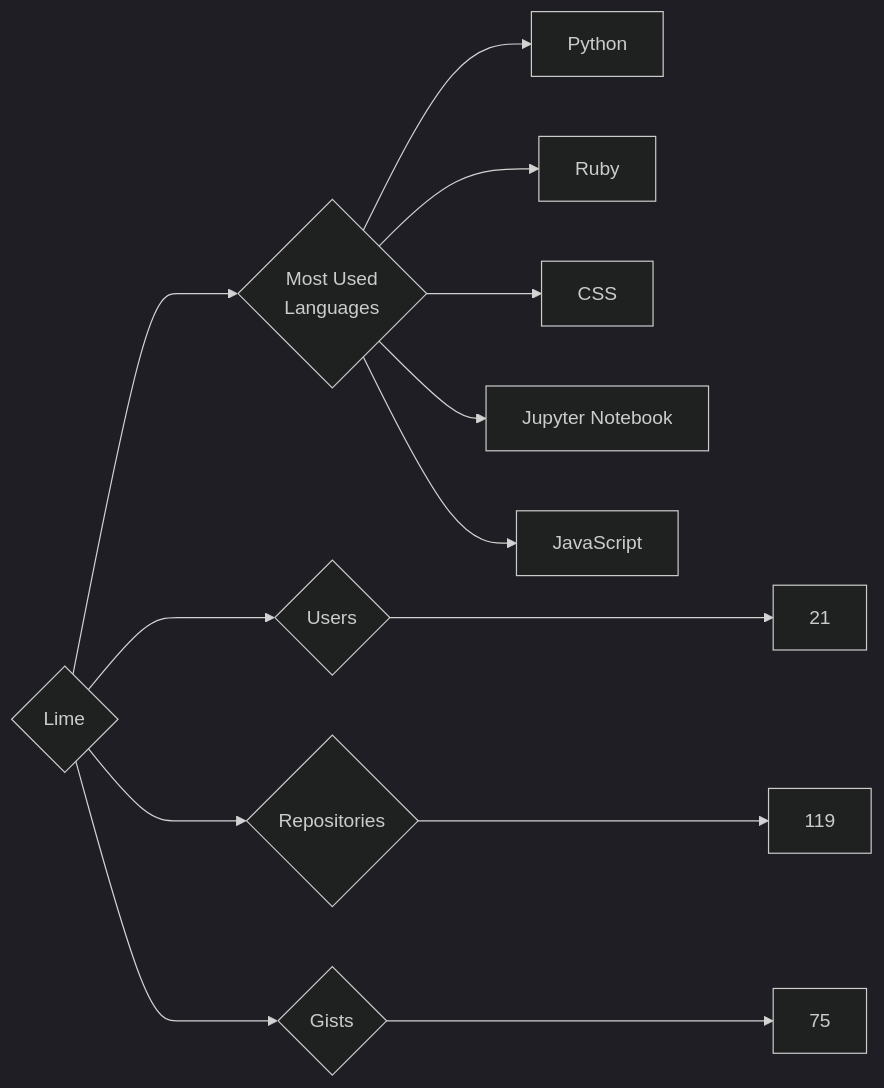
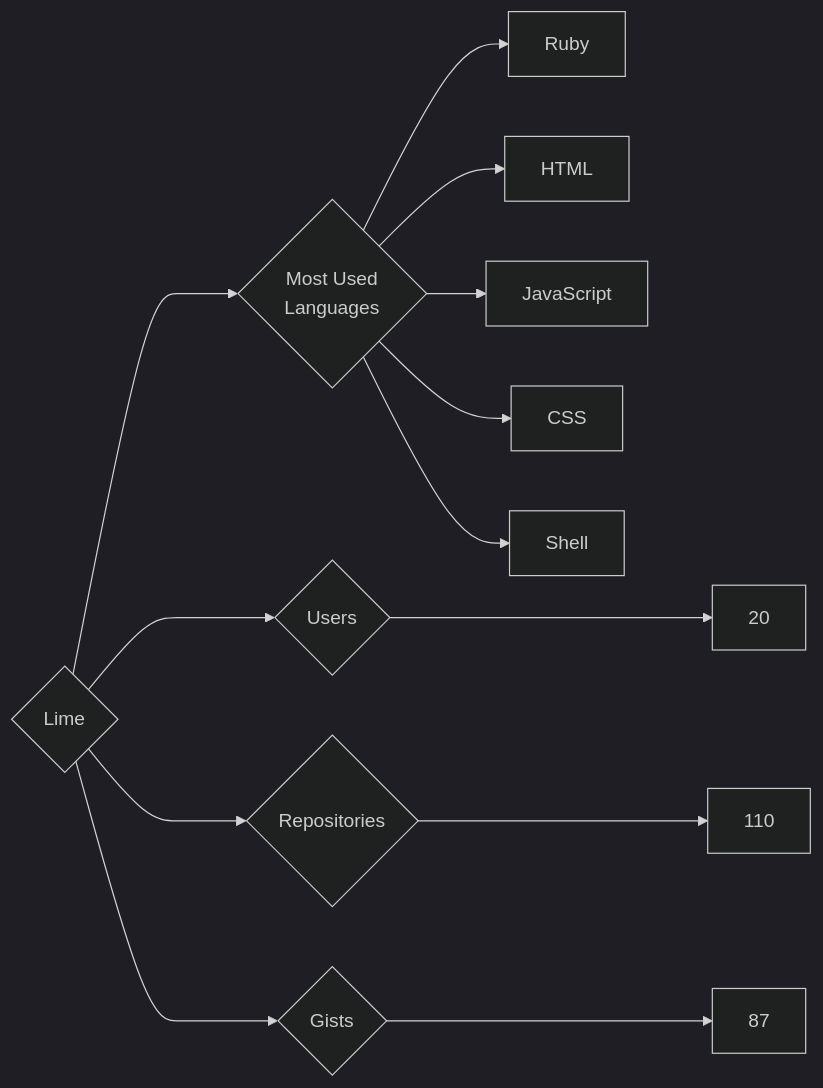
The diagram in targets/Lime/README.md (trickest/insiders), drawn with Mermaid (dark theme) before and after one commit. The commit also changed 891 other files, not shown here.

````diff
--- a/targets/Lime/README.md
+++ b/targets/Lime/README.md
@@ -3,13 +3,13 @@
 ```mermaid
 graph LR
 COMPANY_NAME{Lime}
-COMPANY_NAME ---> U{Users} ---> UN[21]
-COMPANY_NAME ---> R{Repositories} ---> RN[119]
-COMPANY_NAME ---> G{Gists} ---> GN[75]
+COMPANY_NAME ---> U{Users} ---> UN[20]
+COMPANY_NAME ---> R{Repositories} ---> RN[110]
+COMPANY_NAME ---> G{Gists} ---> GN[87]
 COMPANY_NAME ---> ML{Most Used<br>Languages}
-ML --> Python[Python]
 ML --> Ruby[Ruby]
+ML --> HTML[HTML]
+ML --> JavaScript[JavaScript]
 ML --> CSS[CSS]
-ML --> Jupyter_Notebook[Jupyter Notebook]
-ML --> JavaScript[JavaScript]
+ML --> Shell[Shell]
 ```
````
